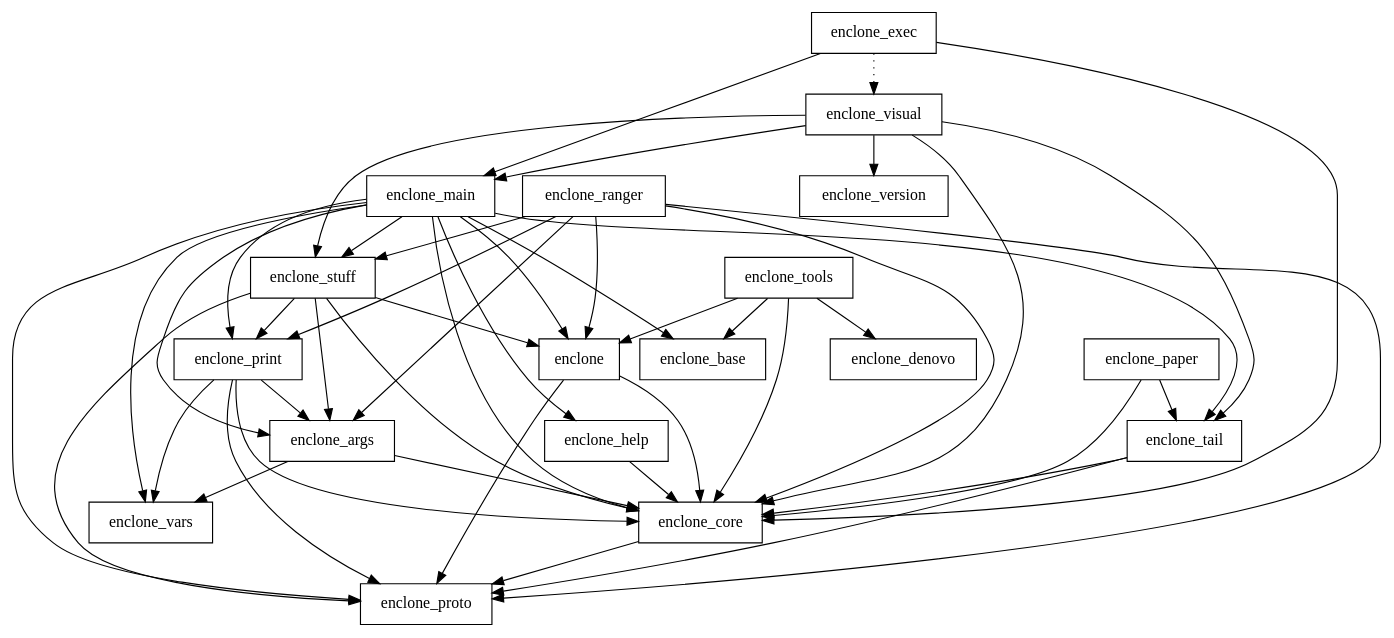
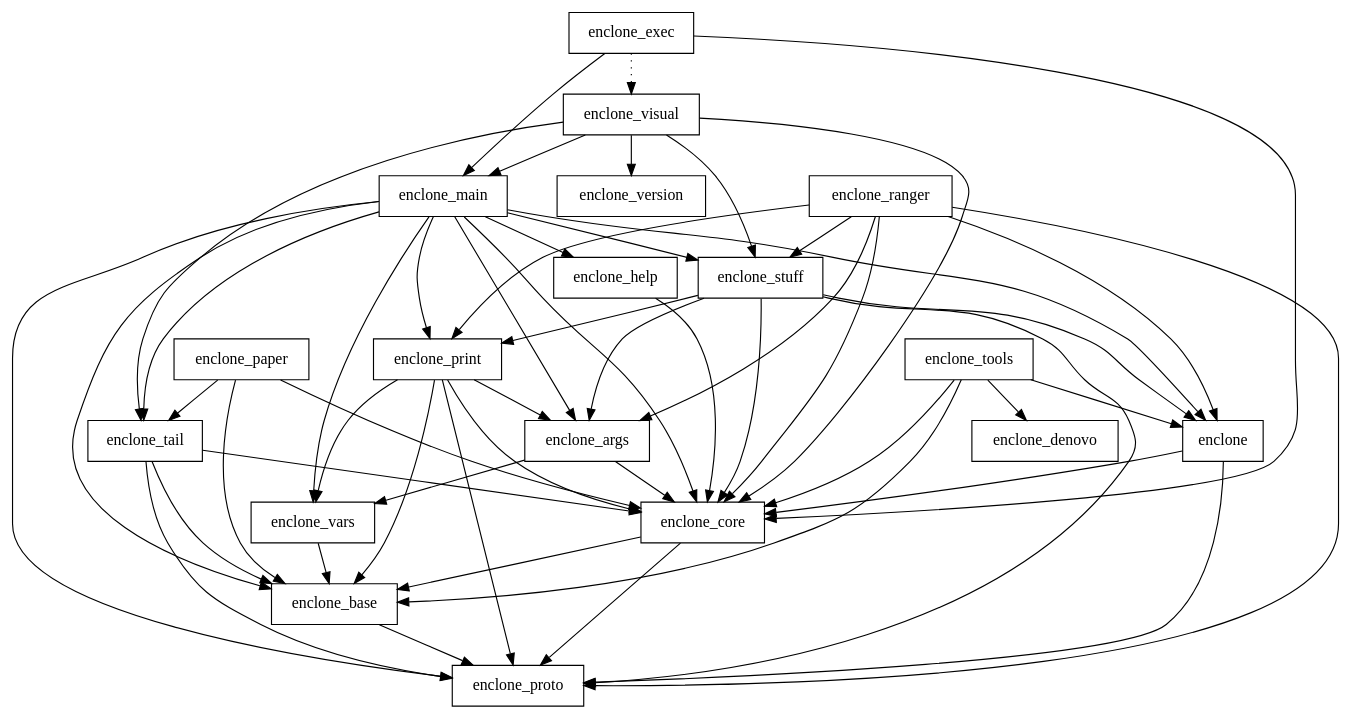
Before and after one commit to DavidBJaffe/enclone: the diagram in crates.dot, drawn with Graphviz. The commit also changed 21 other files, not shown here.

Commit message:
move some stuff to enclone_base, and so reduce dependencies; ./test passes

```diff
--- a/crates.dot
+++ b/crates.dot
@@ -1,67 +1,73 @@
 digraph {
     0 [ label = "enclone" shape = box]
     1 [ label = "enclone_core" shape = box]
-    2 [ label = "enclone_proto" shape = box]
-    3 [ label = "enclone_args" shape = box]
-    4 [ label = "enclone_vars" shape = box]
-    5 [ label = "enclone_base" shape = box]
+    2 [ label = "enclone_base" shape = box]
+    3 [ label = "enclone_proto" shape = box]
+    4 [ label = "enclone_args" shape = box]
+    5 [ label = "enclone_vars" shape = box]
     6 [ label = "enclone_denovo" shape = box]
     7 [ label = "enclone_exec" shape = box]
     8 [ label = "enclone_main" shape = box]
     9 [ label = "enclone_help" shape = box]
     10 [ label = "enclone_print" shape = box]
     11 [ label = "enclone_stuff" shape = box]
     12 [ label = "enclone_tail" shape = box]
     13 [ label = "enclone_visual" shape = box]
     14 [ label = "enclone_version" shape = box]
     15 [ label = "enclone_ranger" shape = box]
     16 [ label = "enclone_tools" shape = box]
     17 [ label = "enclone_paper" shape = box]
     0 -> 1 [ ]
-    0 -> 2 [ ]
+    0 -> 3 [ ]
     1 -> 2 [ ]
-    3 -> 1 [ ]
-    3 -> 4 [ ]
+    1 -> 3 [ ]
+    2 -> 3 [ ]
+    4 -> 1 [ ]
+    4 -> 5 [ ]
+    5 -> 2 [ ]
     7 -> 1 [ ]
     7 -> 8 [ ]
     7 -> 13 [ style = dotted]
     8 -> 0 [ ]
-    8 -> 3 [ ]
-    8 -> 5 [ ]
+    8 -> 4 [ ]
+    8 -> 2 [ ]
     8 -> 1 [ ]
     8 -> 9 [ ]
     8 -> 10 [ ]
-    8 -> 2 [ ]
+    8 -> 3 [ ]
     8 -> 11 [ ]
     8 -> 12 [ ]
-    8 -> 4 [ ]
+    8 -> 5 [ ]
     9 -> 1 [ ]
+    10 -> 4 [ ]
+    10 -> 2 [ ]
+    10 -> 1 [ ]
     10 -> 3 [ ]
-    10 -> 1 [ ]
-    10 -> 2 [ ]
-    10 -> 4 [ ]
+    10 -> 5 [ ]
     11 -> 0 [ ]
-    11 -> 3 [ ]
+    11 -> 4 [ ]
     11 -> 1 [ ]
     11 -> 10 [ ]
-    11 -> 2 [ ]
+    11 -> 3 [ ]
+    12 -> 2 [ ]
     12 -> 1 [ ]
-    12 -> 2 [ ]
+    12 -> 3 [ ]
     13 -> 1 [ ]
     13 -> 8 [ ]
     13 -> 11 [ ]
     13 -> 12 [ ]
     13 -> 14 [ ]
     15 -> 0 [ ]
-    15 -> 3 [ ]
+    15 -> 4 [ ]
     15 -> 1 [ ]
     15 -> 10 [ ]
-    15 -> 2 [ ]
+    15 -> 3 [ ]
     15 -> 11 [ ]
     16 -> 0 [ ]
-    16 -> 5 [ ]
+    16 -> 2 [ ]
     16 -> 1 [ ]
     16 -> 6 [ ]
+    17 -> 2 [ ]
     17 -> 1 [ ]
     17 -> 12 [ ]
 }
```
